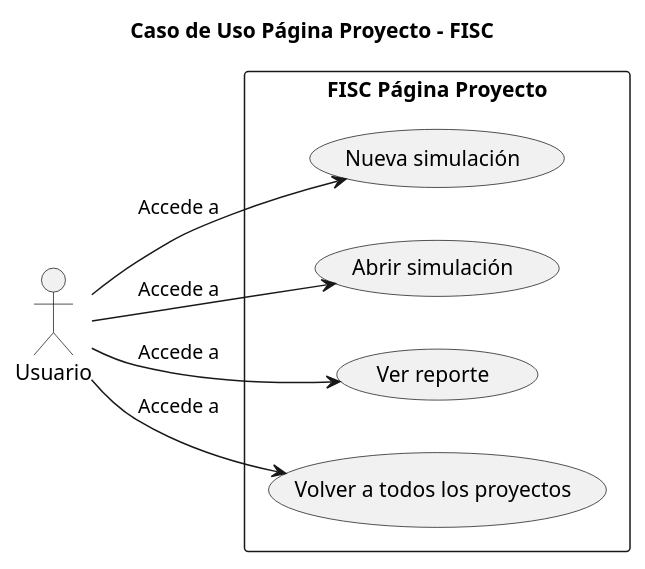
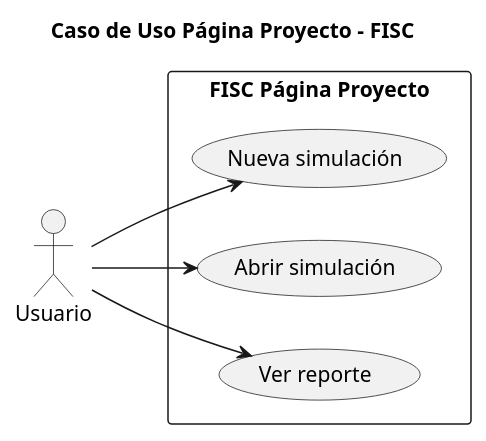
Before and after one commit to mmasias/23-24-IdSw1-SDR: the diagram in casosDeUso/casoUsoPaginaProyecto.puml, drawn with PlantUML. The commit also changed 6 other files, not shown here.

```diff
--- a/casosDeUso/casoUsoPaginaProyecto.puml
+++ b/casosDeUso/casoUsoPaginaProyecto.puml
@@ -1,20 +1,18 @@
 @startuml
 
 title Caso de Uso Página Proyecto - FISC
 
 left to right direction
 
 actor Usuario as user2
 
 rectangle "FISC Página Proyecto" {
   usecase "Nueva simulación" as nueva
   usecase "Abrir simulación" as abrir
   usecase "Ver reporte" as reportes
-  usecase "Volver a todos los proyectos" as proyect
 }
-  user2 --> nueva : "Accede a"
-  user2 --> abrir : "Accede a"
-  user2 --> reportes : "Accede a"
-  user2 --> proyect : "Accede a"
+  user2 --> nueva : ""
+  user2 --> abrir : ""
+  user2 --> reportes : ""
 
 @enduml
```
